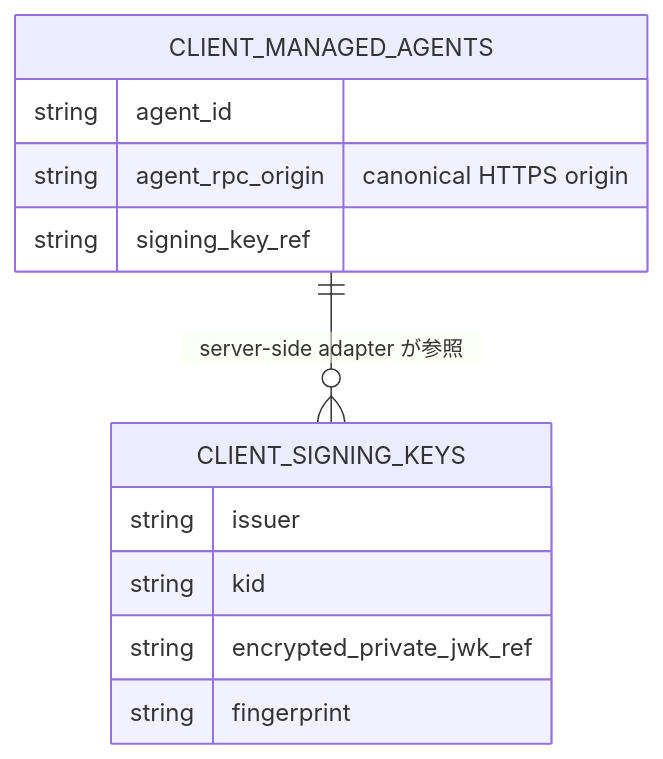
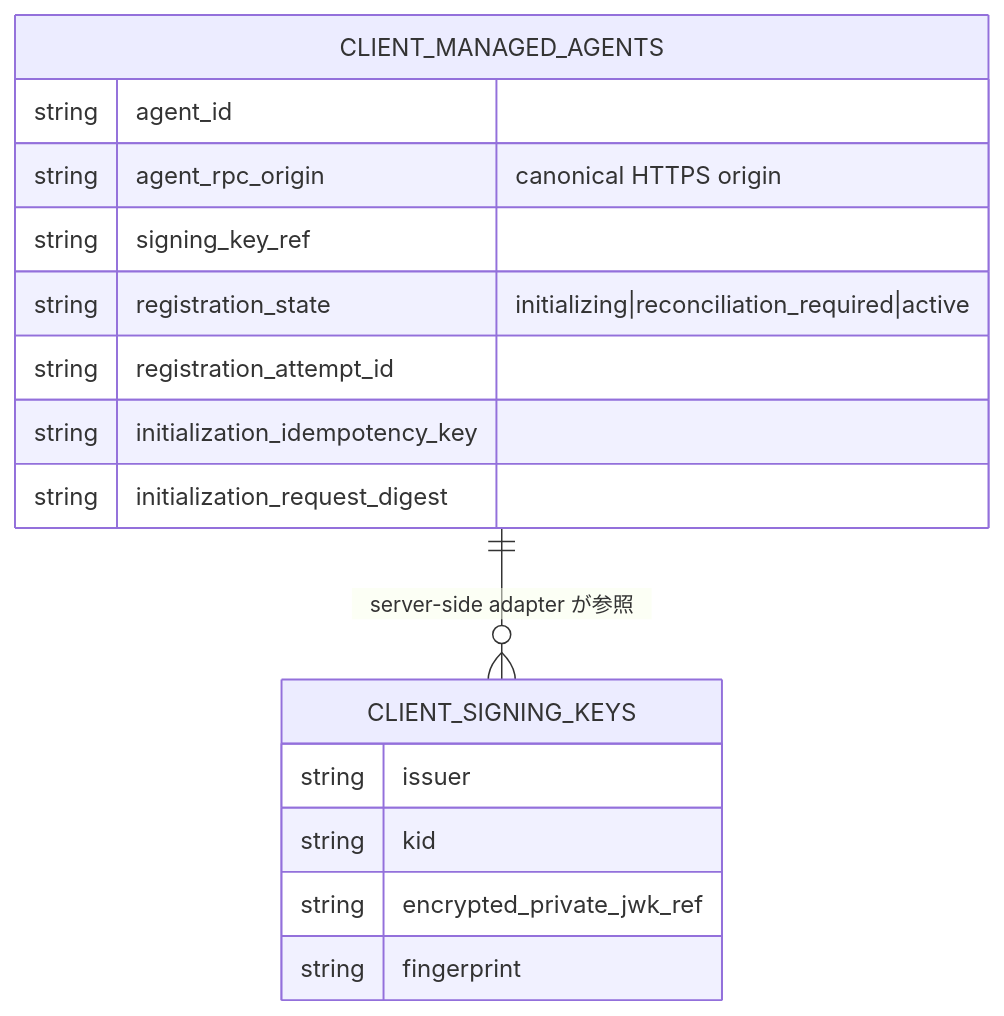
One commit to Suzlun/cf-tamac changed the seventh of 8 diagrams in openspec/changes/introduce-tamac-sdk/design.md. Above: the diagram before and after it, drawn with Mermaid. The commit also changed other lines of this file and 155 other files, not shown here.

````diff
--- a/openspec/changes/introduce-tamac-sdk/design.md
+++ b/openspec/changes/introduce-tamac-sdk/design.md
@@ -511,15 +658,19 @@
 ```mermaid
 erDiagram
   CLIENT_MANAGED_AGENTS ||--o{ CLIENT_SIGNING_KEYS : "server-side adapter が参照"
   CLIENT_MANAGED_AGENTS {
     string agent_id
     string agent_rpc_origin "canonical HTTPS origin"
     string signing_key_ref
+    string registration_state "initializing|reconciliation_required|active"
+    string registration_attempt_id
+    string initialization_idempotency_key
+    string initialization_request_digest
   }
   CLIENT_SIGNING_KEYS {
     string issuer
     string kid
     string encrypted_private_jwk_ref
     string fingerprint
   }
 ```
````
